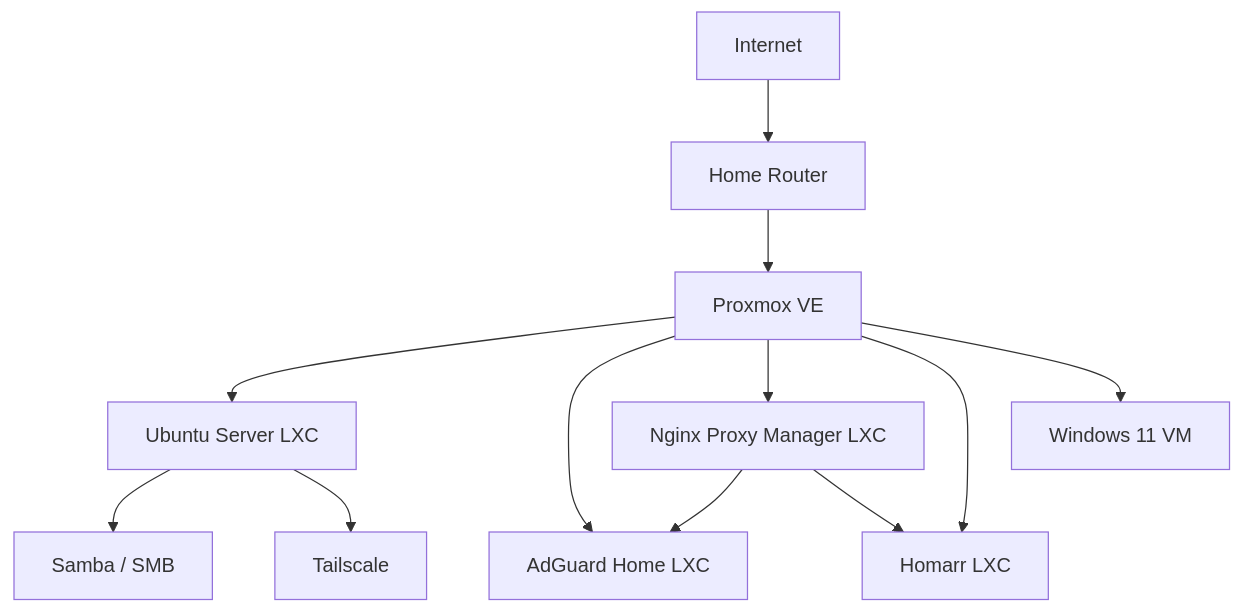
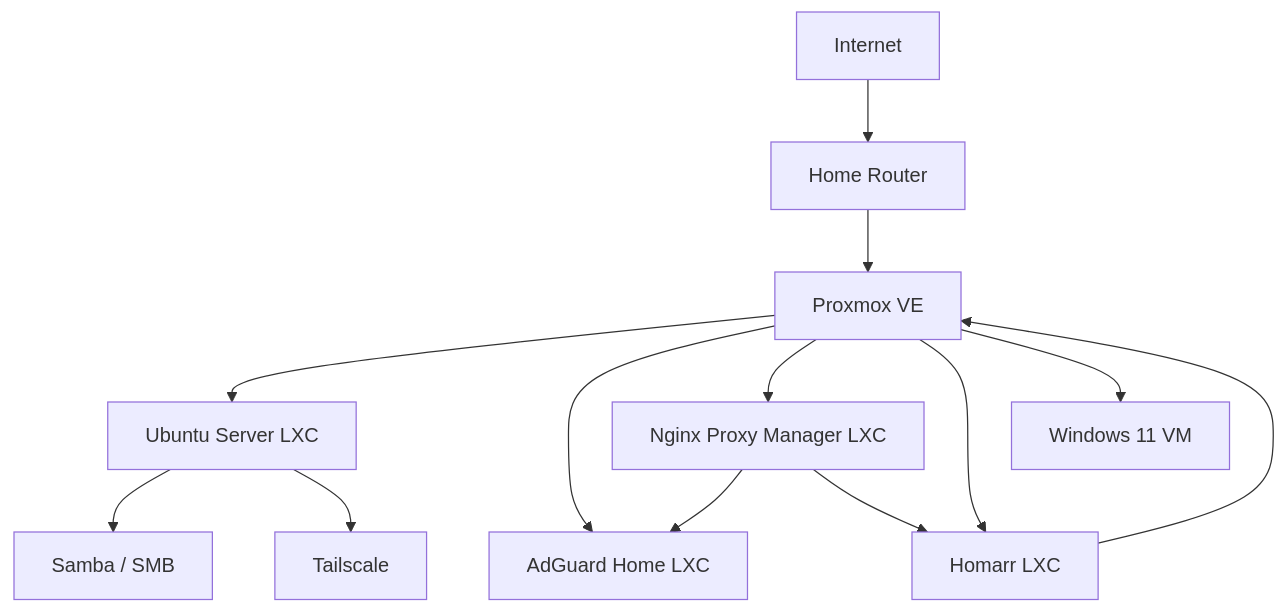
One commit to GraphicShack/Projet-Homelab changed the diagram in README.md. Above: the diagram before and after it, drawn with Mermaid. The commit also changed other lines of this file, not shown here.

````diff
--- a/README.md
+++ b/README.md
@@ -20,16 +20,17 @@
 ```mermaid
 flowchart TD
     Internet --> Router[Home Router]
     Router --> PVE[Proxmox VE]
 
     PVE --> Ubuntu[Ubuntu Server LXC]
     PVE --> AdGuard[AdGuard Home LXC]
     PVE --> NPM[Nginx Proxy Manager LXC]
     PVE --> Homarr[Homarr LXC]
     PVE --> Windows[Windows 11 VM]
 
     Ubuntu --> Samba[Samba / SMB]
     Ubuntu --> Tailscale[Tailscale]
     NPM --> AdGuard
     NPM --> Homarr
+    Homarr --> PVE
 ```
````
